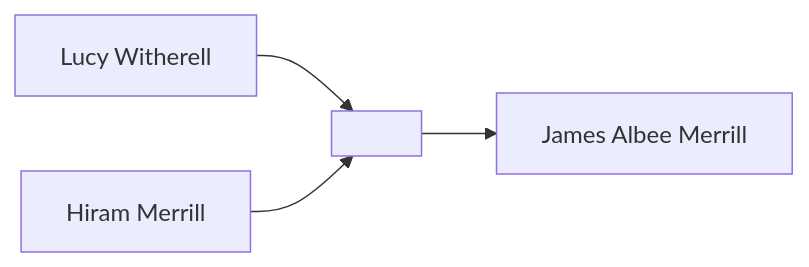
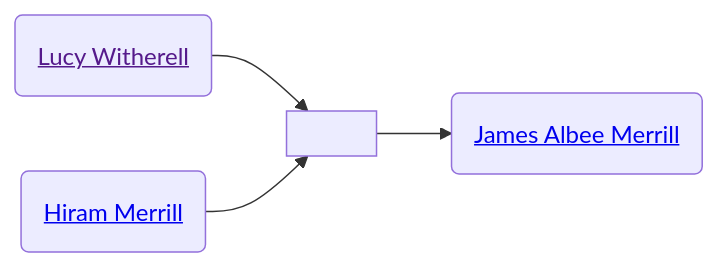
Before and after one commit to neelsmith/avocational: the second of 2 diagrams in familyhistory/sources/people/Merrill-line/Lucy_Witherell.qmd, drawn with Mermaid. The commit also changed other lines of this file and 71 other files, not shown here.

````diff
--- a/familyhistory/sources/people/Merrill-line/Lucy_Witherell.qmd
+++ b/familyhistory/sources/people/Merrill-line/Lucy_Witherell.qmd
@@ -35,6 +39,11 @@
 ```{mermaid}
 graph LR
-Lucy_Witherell[Lucy Witherell] --> Lucy_Witherell+Hiram_Merrill[ ]
-Hiram_Merrill[Hiram Merrill] --> Lucy_Witherell+Hiram_Merrill[ ]
-Lucy_Witherell+Hiram_Merrill[ ] --> James_Albee_Merrill[James Albee Merrill]
+class Lucy_Witherell_and_Hiram_Merrill marriage
+Lucy_Witherell(<a href=''>Lucy Witherell</>) --> Lucy_Witherell_and_Hiram_Merrill[ ]
+Hiram_Merrill(<a href='./Hiram_Merrill.html'>Hiram Merrill</>) --> Lucy_Witherell_and_Hiram_Merrill(( ))
+Lucy_Witherell_and_Hiram_Merrill[ ] --> James_Albee_Merrill(<a href='./James_Albee_Merrill.html'>James Albee Merrill</>)
+classDef mother fill:#ffd1dc
+classDef father fill:#daf0f7  
+classDef marriage fill:#ffffff
+
 ```
````
